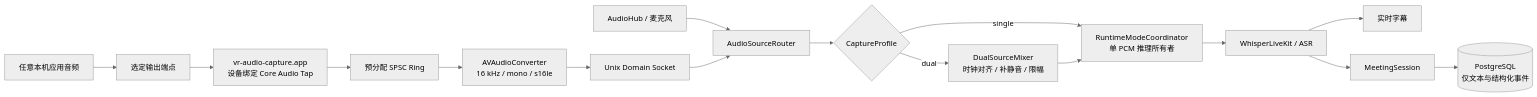
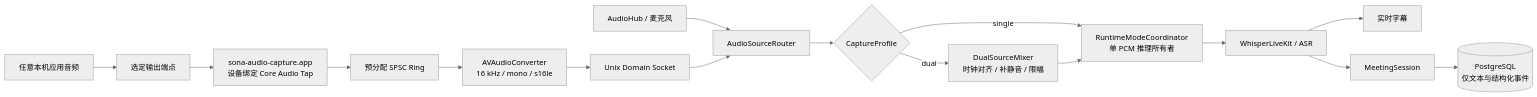
The diagram in docs/superpowers/specs/2026-08-31-physical-output-audio-capture-design.md (hrygo/voice-realtime), drawn with Mermaid (neutral theme) before and after one commit. The commit also changed other lines of this file and 394 other files, not shown here.

````diff
--- a/docs/superpowers/specs/2026-08-31-physical-output-audio-capture-design.md
+++ b/docs/superpowers/specs/2026-08-31-physical-output-audio-capture-design.md
@@ -139,20 +139,20 @@
 ```mermaid
 flowchart LR
     Apps[任意本机应用音频] --> Device[选定输出端点]
-    Device --> Tap["vr-audio-capture.app<br/>设备绑定 Core Audio Tap"]
+    Device --> Tap["sona-audio-capture.app<br/>设备绑定 Core Audio Tap"]
     Tap --> Ring[预分配 SPSC Ring]
     Ring --> Convert["AVAudioConverter<br/>16 kHz / mono / s16le"]
     Convert --> UDS[Unix Domain Socket]
 
     Mic[AudioHub / 麦克风] --> Router[AudioSourceRouter]
     UDS --> Router
     Router --> Select{CaptureProfile}
     Select -->|single| Owner["RuntimeModeCoordinator<br/>单 PCM 推理所有者"]
     Select -->|dual| Mixer["DualSourceMixer<br/>时钟对齐 / 补静音 / 限幅"]
     Mixer --> Owner
 
     Owner --> WLKit[WhisperLiveKit / ASR]
     WLKit --> Subtitles[实时字幕]
     WLKit --> Meeting[MeetingSession]
     Meeting --> DB[("PostgreSQL<br/>仅文本与结构化事件")]
 ```
````
